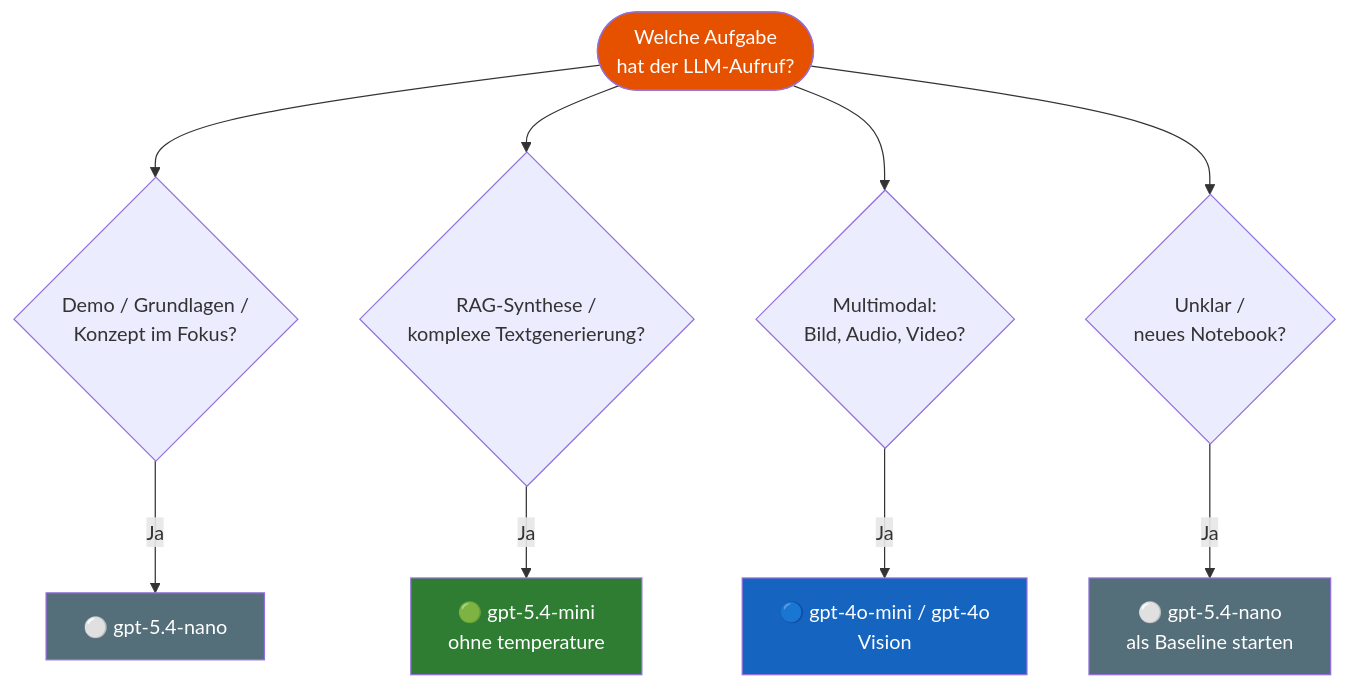
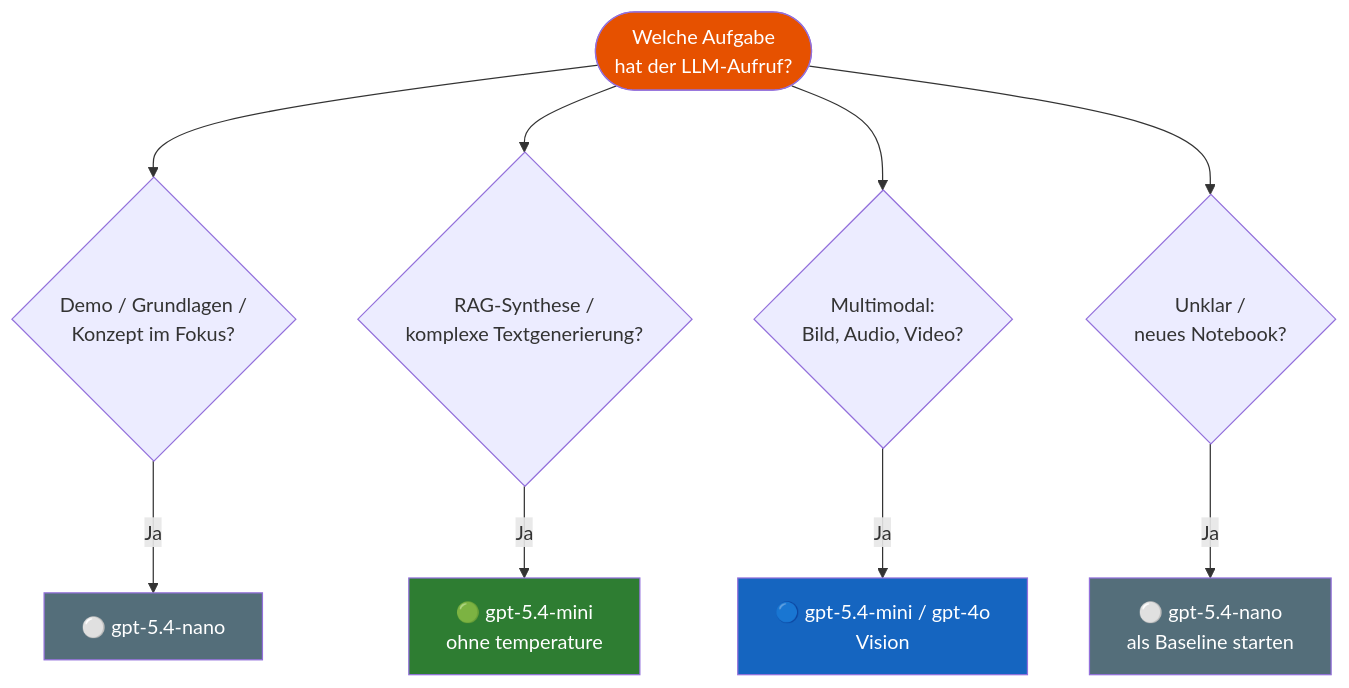
The diagram in docs/frameworks/modell-auswahl/modell-auswahl-guide.md (ralf-42/GenAI), drawn with Mermaid before and after one commit. The commit also changed other lines of this file and 4 other files, not shown here.

````diff
--- a/docs/frameworks/modell-auswahl/modell-auswahl-guide.md
+++ b/docs/frameworks/modell-auswahl/modell-auswahl-guide.md
@@ -101,28 +100,28 @@
 ```mermaid
 flowchart TD
     START(["Welche Aufgabe
 hat der LLM-Aufruf?"])
 
     START --> D{"Demo / Grundlagen /
 Konzept im Fokus?"}
     START --> R{"RAG-Synthese /
 komplexe Textgenerierung?"}
     START --> M{"Multimodal:
 Bild, Audio, Video?"}
     START --> U{"Unklar /
 neues Notebook?"}
 
     D -->|Ja| MINI["⚪ gpt-5.4-nano"]
     R -->|Ja| GP["🟢 gpt-5.4-mini
 ohne temperature"]
-    M -->|Ja| GO["🔵 gpt-4o-mini / gpt-4o
+    M -->|Ja| GO["🔵 gpt-5.4-mini / gpt-4o
 Vision"]
     U -->|Ja| BASE["⚪ gpt-5.4-nano
 als Baseline starten"]
 
     style MINI fill:#546E7A,color:#fff
     style GP   fill:#2E7D32,color:#fff
     style GO   fill:#1565C0,color:#fff
     style BASE fill:#546E7A,color:#fff
     style START fill:#E65100,color:#fff
 ```
````
